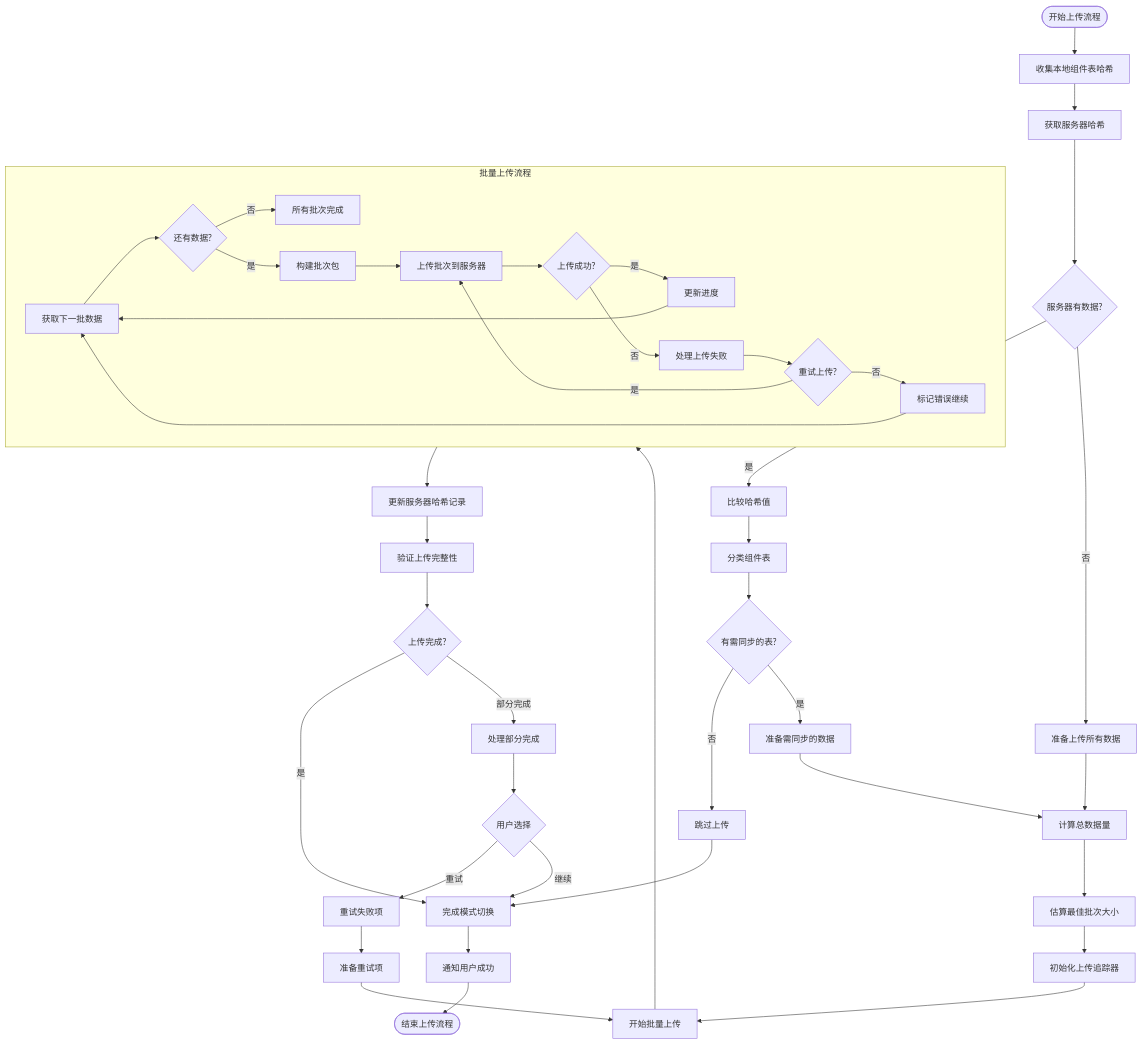
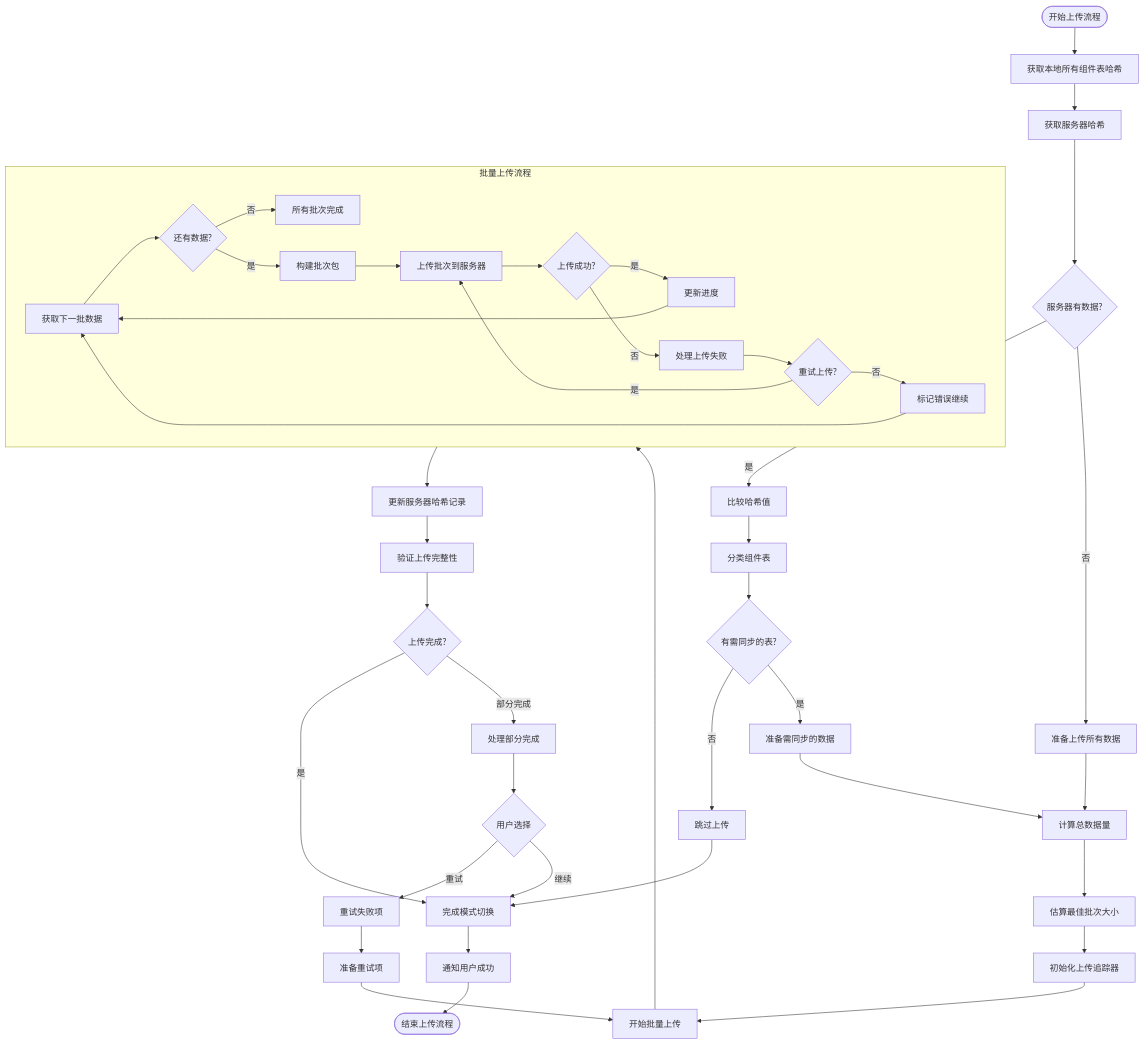
The diagram in all/未命名-50.md (yingjianzh/iodraw-files), drawn with Mermaid before and after one commit.

Commit message:
2025-05-08 17:03:13 update

````diff
--- a/all/未命名-50.md
+++ b/all/未命名-50.md
@@ -1,59 +1,59 @@
 ```mermaid
 flowchart TD
-    Start([开始上传流程]) --> CollectLocalHashes[收集本地组件表哈希]
+    Start([开始上传流程]) --> CollectLocalHashes[获取本地所有组件表哈希]
     CollectLocalHashes --> FetchServerHashes[获取服务器哈希]
     
     FetchServerHashes --> ServerHasData{服务器有数据?}
     
     ServerHasData -->|是| CompareHashes[比较哈希值]
     ServerHasData -->|否| PrepareAllData[准备上传所有数据]
     
     CompareHashes --> ClassifyTables[分类组件表]
     ClassifyTables --> HasChanges{有需同步的表?}
     
     HasChanges -->|否| SkipUpload[跳过上传]
     HasChanges -->|是| PrepareChangedData[准备需同步的数据]
     
     PrepareAllData --> CalculateSize[计算总数据量]
     PrepareChangedData --> CalculateSize
     
     CalculateSize --> EstimateBatchSize[估算最佳批次大小]
     EstimateBatchSize --> InitUploadTracker[初始化上传追踪器]
     InitUploadTracker --> StartBatching[开始批量上传]
     
     subgraph BatchUpload [批量上传流程]
         B1[获取下一批数据] --> B2{还有数据?}
         B2 -->|否| BatchesComplete[所有批次完成]
         B2 -->|是| B3[构建批次包]
         B3 --> B4[上传批次到服务器]
         B4 --> B5{上传成功?}
         B5 -->|是| B6[更新进度]
         B5 -->|否| B7[处理上传失败]
         B7 --> B8{重试上传?}
         B8 -->|是| B4
         B8 -->|否| B9[标记错误继续]
         B6 --> B1
         B9 --> B1
     end
     
     StartBatching --> BatchUpload
     
     BatchUpload --> UpdateServerHashes[更新服务器哈希记录]
     UpdateServerHashes --> VerifyUpload[验证上传完整性]
     
     VerifyUpload --> UploadComplete{上传完成?}
     UploadComplete -->|是| FinalizeMode[完成模式切换]
     UploadComplete -->|部分完成| HandlePartial[处理部分完成]
     
     HandlePartial --> UserChoice{用户选择}
     UserChoice -->|重试| RetryFailed[重试失败项]
     UserChoice -->|继续| FinalizeMode
     
     RetryFailed --> PrepareRetry[准备重试项]
     PrepareRetry --> StartBatching
     
     FinalizeMode --> NotifySuccess[通知用户成功]
     NotifySuccess --> End([结束上传流程])
     
     SkipUpload --> FinalizeMode
 ```
````
